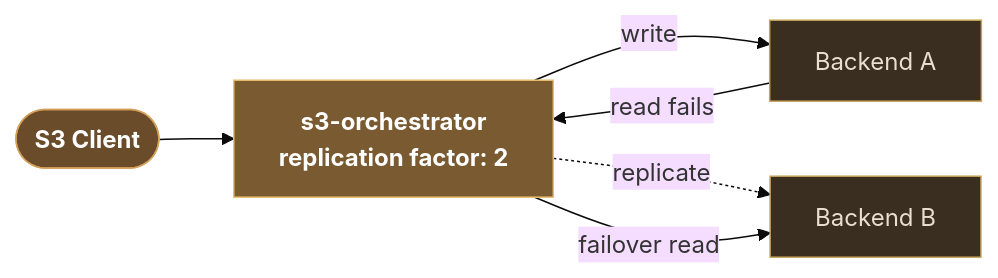
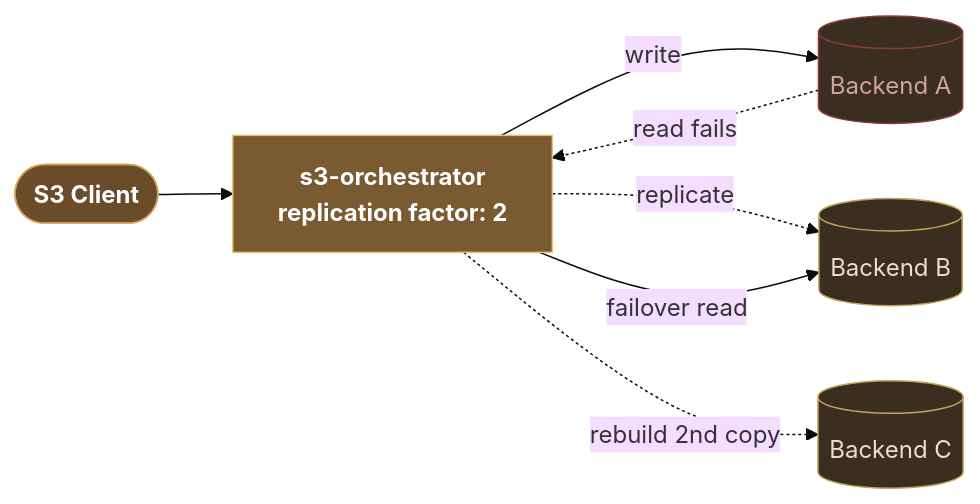
One commit to afreidah/s3-orchestrator changed the fourth of 4 diagrams in web/content/_index.md. Above: the diagram before and after it, drawn with Mermaid (base theme). The commit also changed other lines of this file and 4 other files, not shown here.

```diff
--- a/web/content/_index.md
+++ b/web/content/_index.md
@@ -69,12 +92,14 @@
 {{< mermaid >}}
 flowchart LR
     C([S3 Client]):::client --> O[s3-orchestrator<br/>replication factor: 2]:::orch
-    O -->|write| B1[Backend A]:::backend
-    O -.->|replicate| B2[Backend B]:::backend
-    B1 -->|read fails| O
+    O -->|write| B1[(Backend A)]:::down
+    O -.->|replicate| B2[(Backend B)]:::backend
+    B1 -.->|read fails| O
     O -->|failover read| B2
+    O -.->|rebuild 2nd copy| B3[(Backend C)]:::backend
 
     classDef client fill:#6b4c2a,stroke:#d4a05a,color:#fff,font-weight:bold
     classDef orch fill:#7a5a30,stroke:#e8c070,color:#fff,font-weight:bold
     classDef backend fill:#3a2e20,stroke:#c4a35a,color:#e8dfd0
+    classDef down fill:#3a2e20,stroke:#8b3a3a,color:#d4a0a0
 {{< /mermaid >}}
```
